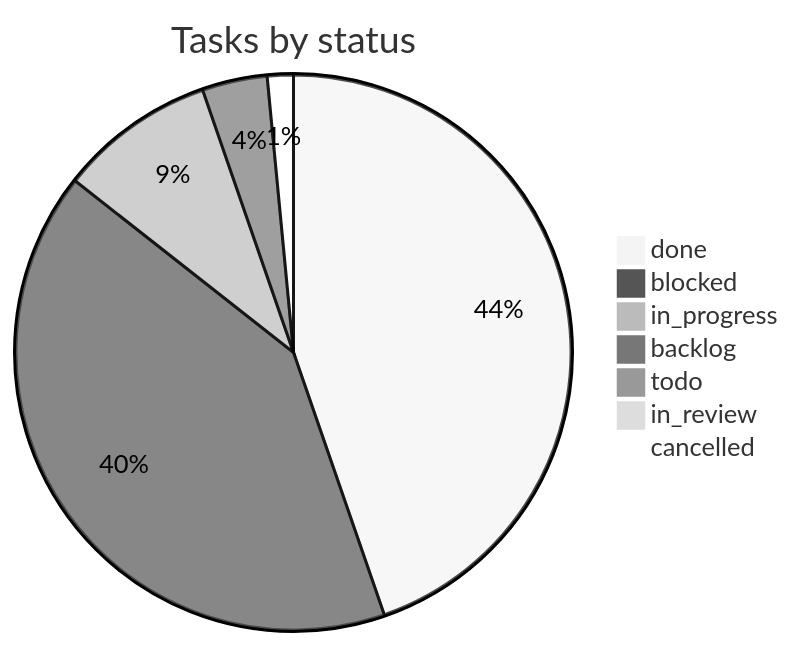
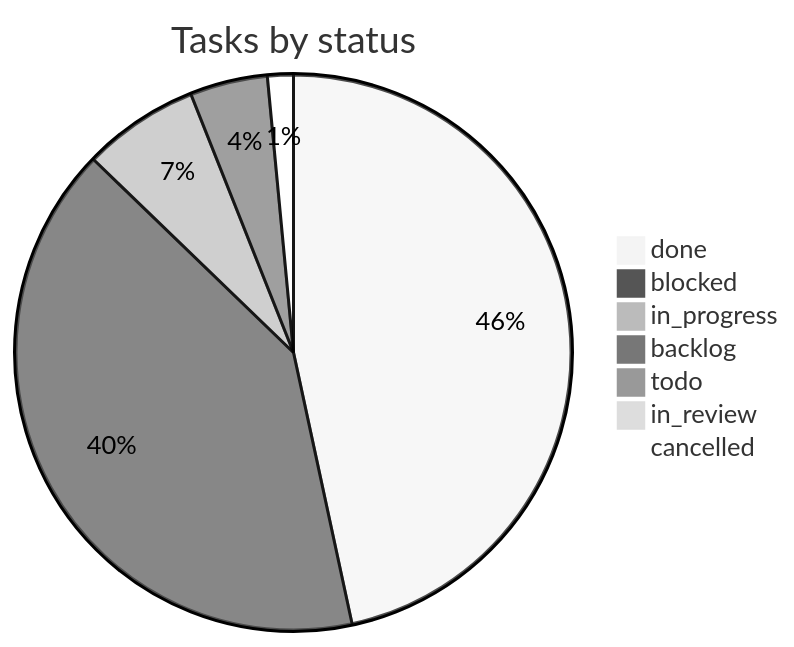
Before and after one commit to vulcanflow/docs: the second of 2 diagrams in PROGRESS.md, drawn with Mermaid (neutral theme). The commit also changed other lines of this file and 1 other file, not shown here.

Commit message:
progress: 3 deliveries (VFL-157, VFL-158, VFL-102), 2 status changes, 1 new task (VFL-160) (#76)

````diff
--- a/PROGRESS.md
+++ b/PROGRESS.md
@@ -58,10 +58,10 @@
 ```mermaid
 pie title Tasks by status
-  "done" : 59
+  "done" : 62
   "blocked" : 54
-  "in_progress" : 12
-  "backlog" : 5
+  "in_progress" : 9
+  "backlog" : 6
   "todo" : 1
   "in_review" : 1
   "cancelled" : 2
 ```
````
